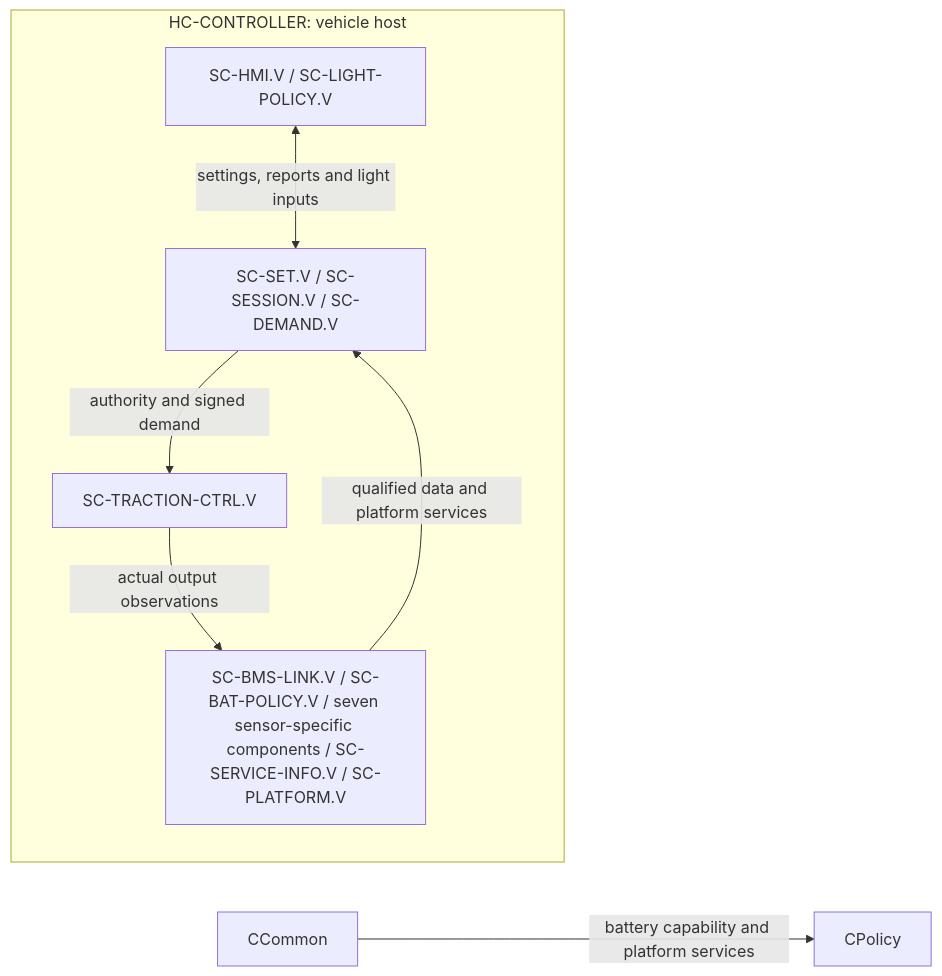
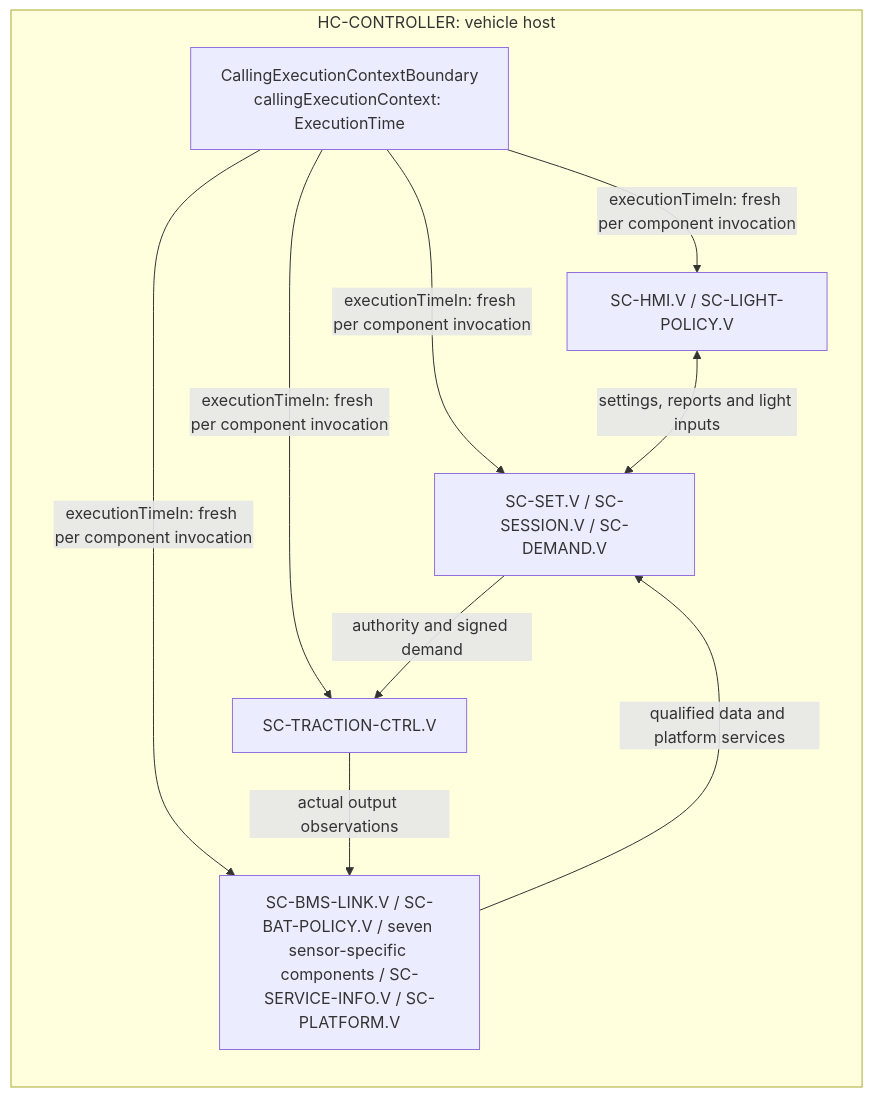
Before and after one commit to dhellhake/X2CityMCU: the first of 4 diagrams in .devenv/Architecture/SoftwareArchitecture/ARCH-003_Software_Architecture.md, drawn with Mermaid. The commit also changed other lines of this file and 84 other files, not shown here.

````diff
--- a/.devenv/Architecture/SoftwareArchitecture/ARCH-003_Software_Architecture.md
+++ b/.devenv/Architecture/SoftwareArchitecture/ARCH-003_Software_Architecture.md
@@ -47,14 +47,18 @@
 ```mermaid
 flowchart LR
     subgraph Vehicle["HC-CONTROLLER: vehicle host"]
+        CALL[CallingExecutionContextBoundary\ncallingExecutionContext: ExecutionTime]
         VPolicy["SC-SET.V / SC-SESSION.V / SC-DEMAND.V"]
         VIO["SC-HMI.V / SC-LIGHT-POLICY.V"]
         VDrive["SC-TRACTION-CTRL.V"]
         VCommon["SC-BMS-LINK.V / SC-BAT-POLICY.V / seven sensor-specific components / SC-SERVICE-INFO.V / SC-PLATFORM.V"]
     end
     VCommon -->|qualified data and platform services| VPolicy
+    CALL -->|executionTimeIn: fresh per component invocation| VPolicy
+    CALL -->|executionTimeIn: fresh per component invocation| VIO
+    CALL -->|executionTimeIn: fresh per component invocation| VDrive
+    CALL -->|executionTimeIn: fresh per component invocation| VCommon
     VPolicy -->|authority and signed demand| VDrive
     VDrive -->|actual output observations| VCommon
     VIO <-->|settings, reports and light inputs| VPolicy
-    CCommon -->|battery capability and platform services| CPolicy
 ```
````
